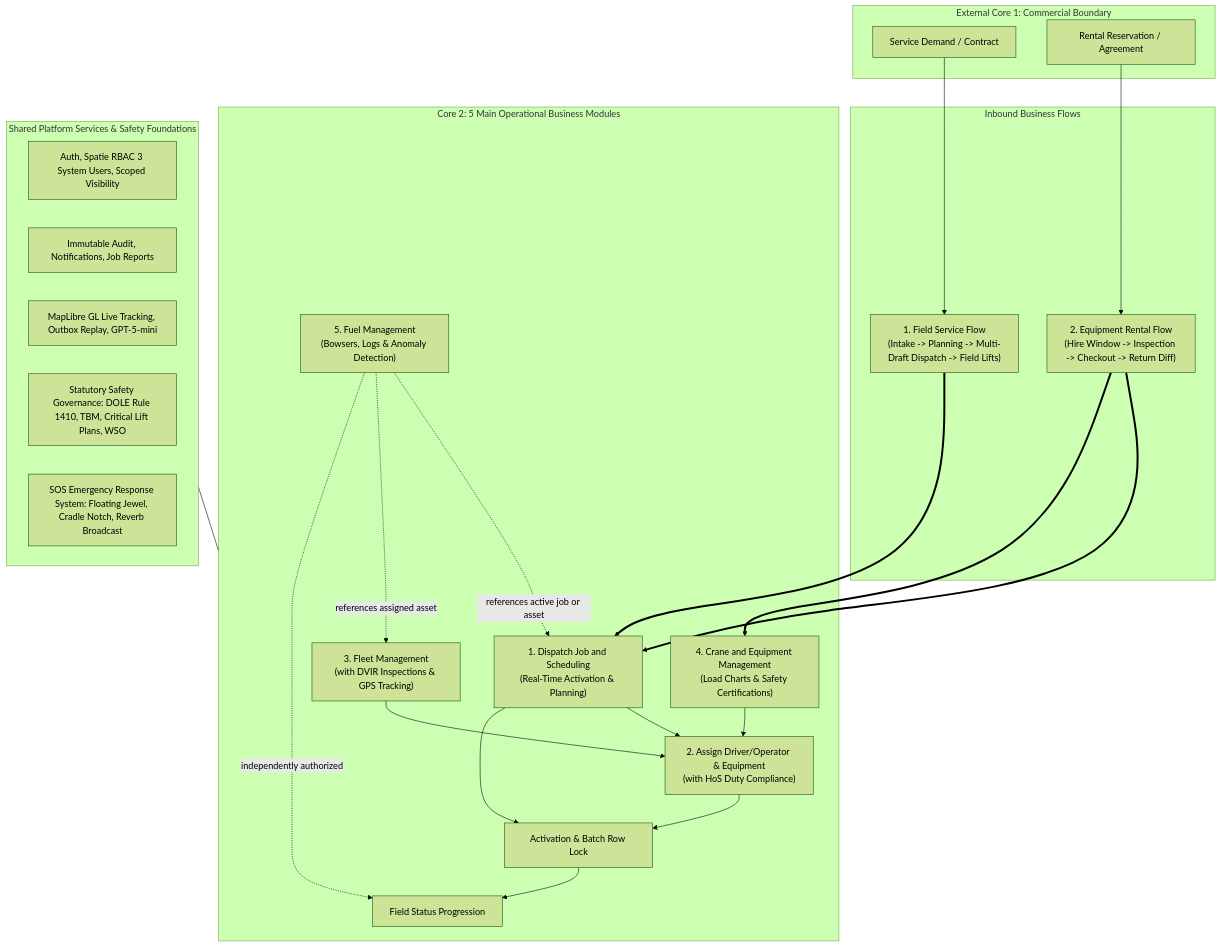
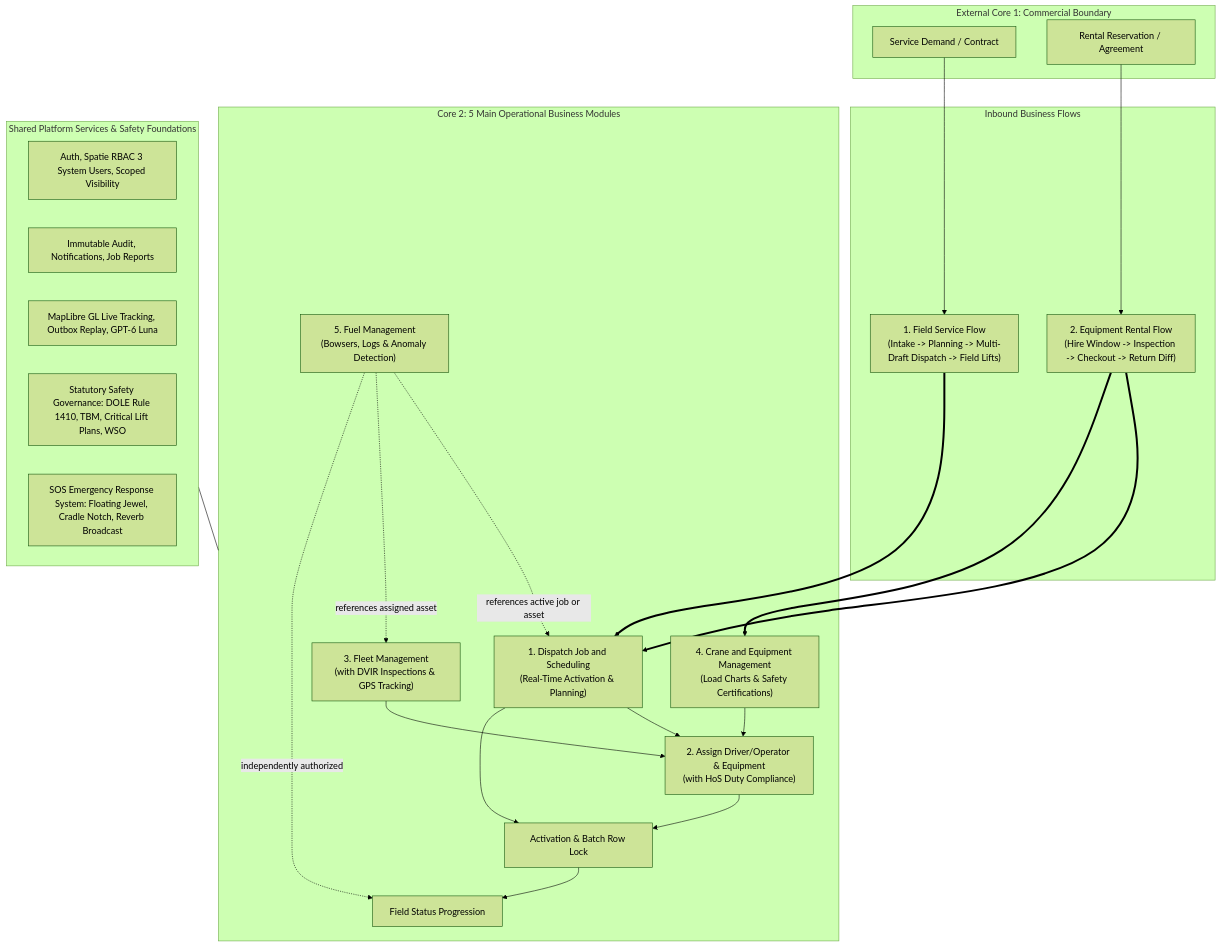
One commit to Darktodoom123/Core-2 changed the first of 5 diagrams in Docs/design/Diagrams/module-boundary.md. Above: the diagram before and after it, drawn with Mermaid (forest theme). The commit also changed 22 other files, not shown here.

Commit message:
feat(ai): migrate dispatch advisory to direct OpenAI GPT-6 Luna

````diff
--- a/Docs/design/Diagrams/module-boundary.md
+++ b/Docs/design/Diagrams/module-boundary.md
@@ -27,47 +27,47 @@
 ```mermaid
 flowchart TD
     subgraph C1[External Core 1: Commercial Boundary]
         C1_SVC["Service Demand / Contract"]
         C1_RNT["Rental Reservation / Agreement"]
     end
 
     subgraph FLOWS[Inbound Business Flows]
         F_SVC["1. Field Service Flow\n(Intake -> Planning -> Multi-Draft Dispatch -> Field Lifts)"]
         F_RNT["2. Equipment Rental Flow\n(Hire Window -> Inspection -> Checkout -> Return Diff)"]
     end
 
     C1_SVC --> F_SVC
     C1_RNT --> F_RNT
 
     subgraph CORE_MODULES[Core 2: 5 Main Operational Business Modules]
         D["1. Dispatch Job and Scheduling\n(Real-Time Activation & Planning)"]
         A["2. Assign Driver/Operator & Equipment\n(with HoS Duty Compliance)"]
         F["3. Fleet Management\n(with DVIR Inspections & GPS Tracking)"]
         C["4. Crane and Equipment Management\n(Load Charts & Safety Certifications)"]
         U["5. Fuel Management\n(Bowsers, Logs & Anomaly Detection)"]
 
         D --> A
         F --> A
         C --> A
         A --> X[Activation & Batch Row Lock]
         D --> X
         X --> P[Field Status Progression]
         U -. references active job or asset .-> D
         U -. references assigned asset .-> F
         U -. independently authorized .-> P
     end
 
     F_SVC ==> D
     F_RNT ==> D
     F_RNT ==> C
 
     subgraph SHARED[Shared Platform Services & Safety Foundations]
         S1[Auth, Spatie RBAC 3 System Users, Scoped Visibility]
         S2[Immutable Audit, Notifications, Job Reports]
-        S3[MapLibre GL Live Tracking, Outbox Replay, GPT-5-mini]
+        S3[MapLibre GL Live Tracking, Outbox Replay, GPT-6 Luna]
         S4[Statutory Safety Governance: DOLE Rule 1410, TBM, Critical Lift Plans, WSO]
         S5[SOS Emergency Response System: Floating Jewel, Cradle Notch, Reverb Broadcast]
     end
 
     SHARED --- CORE_MODULES
 ```
````
